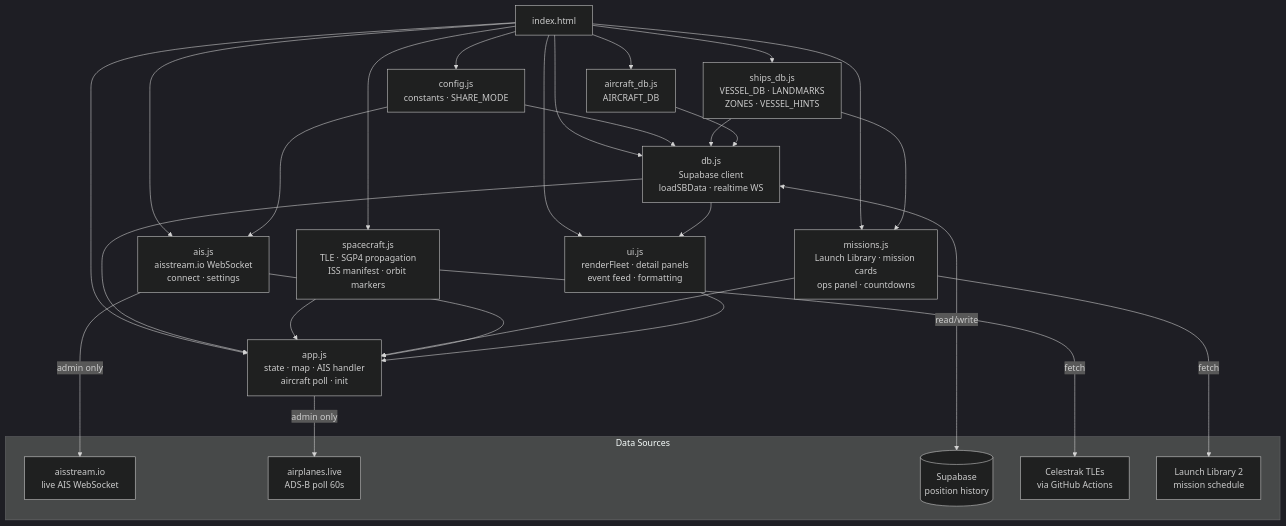
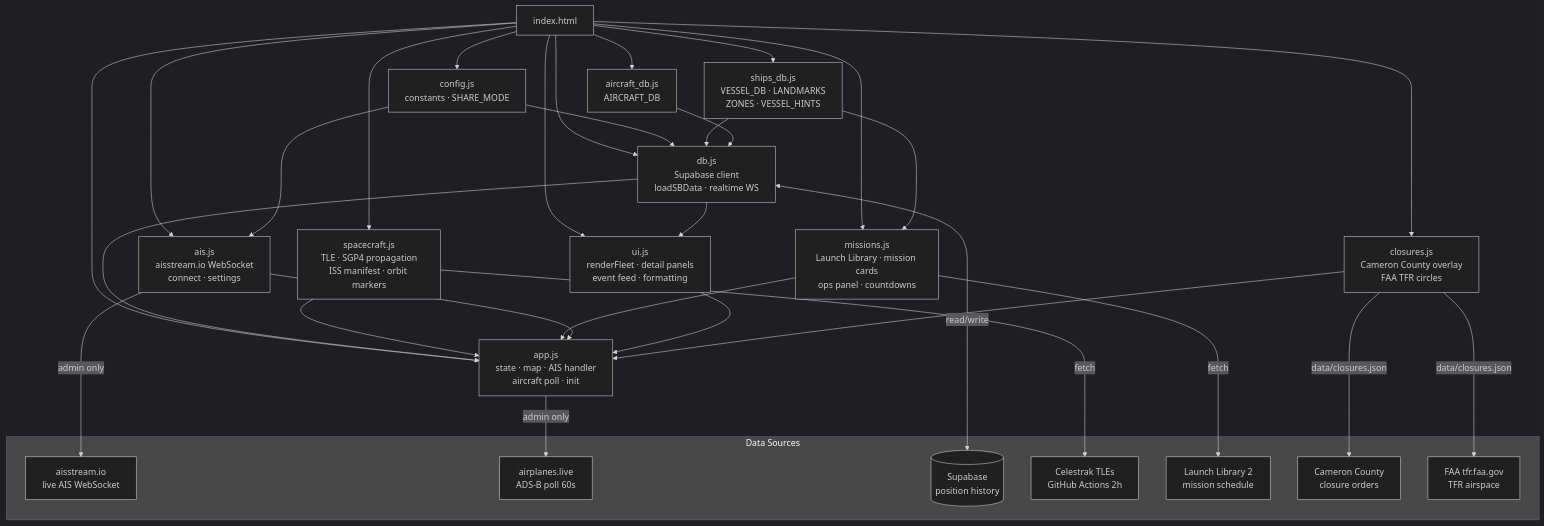
One commit to karl-dykema/space-intel changed the diagram in README.md. Above: the diagram before and after it, drawn with Mermaid (dark theme). The commit also changed other lines of this file and 1 other file, not shown here.

Commit message:
v0.91.546 — README + Sources: add closures, TFR, updated arch diagram and files table

````diff
--- a/README.md
+++ b/README.md
@@ -23,38 +25,44 @@
 ```mermaid
 graph TD
     HTML[index.html] --> CFG[config.js<br/>constants · SHARE_MODE]
     HTML --> SDB[ships_db.js<br/>VESSEL_DB · LANDMARKS<br/>ZONES · VESSEL_HINTS]
     HTML --> ADB[aircraft_db.js<br/>AIRCRAFT_DB]
     HTML --> DB[db.js<br/>Supabase client<br/>loadSBData · realtime WS]
     HTML --> SC[spacecraft.js<br/>TLE · SGP4 propagation<br/>ISS manifest · orbit markers]
     HTML --> MS[missions.js<br/>Launch Library · mission cards<br/>ops panel · countdowns]
     HTML --> AIS[ais.js<br/>aisstream.io WebSocket<br/>connect · settings]
     HTML --> UI[ui.js<br/>renderFleet · detail panels<br/>event feed · formatting]
+    HTML --> CL[closures.js<br/>Cameron County overlay<br/>FAA TFR circles]
     HTML --> APP[app.js<br/>state · map · AIS handler<br/>aircraft poll · init]
 
     CFG --> DB
     CFG --> AIS
     SDB --> DB
     SDB --> MS
     ADB --> DB
     DB --> UI
     DB --> APP
     SC --> APP
     MS --> APP
     AIS --> APP
     UI --> APP
+    CL --> APP
 
     subgraph Data Sources
         AISAPI[aisstream.io<br/>live AIS WebSocket]
         ADSB[airplanes.live<br/>ADS-B poll 60s]
         SB[(Supabase<br/>position history)]
-        TLE[Celestrak TLEs<br/>via GitHub Actions]
+        TLE[Celestrak TLEs<br/>GitHub Actions 2h]
         LL[Launch Library 2<br/>mission schedule]
+        CC[Cameron County<br/>closure orders]
+        FAA[FAA tfr.faa.gov<br/>TFR airspace]
     end
 
     AIS -->|admin only| AISAPI
     APP -->|admin only| ADSB
     DB <-->|read/write| SB
     SC -->|fetch| TLE
     MS -->|fetch| LL
+    CL -->|data/closures.json| CC
+    CL -->|data/closures.json| FAA
 ```
````
